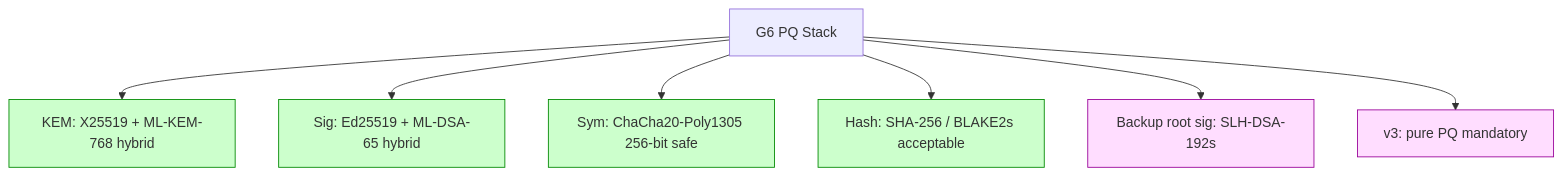
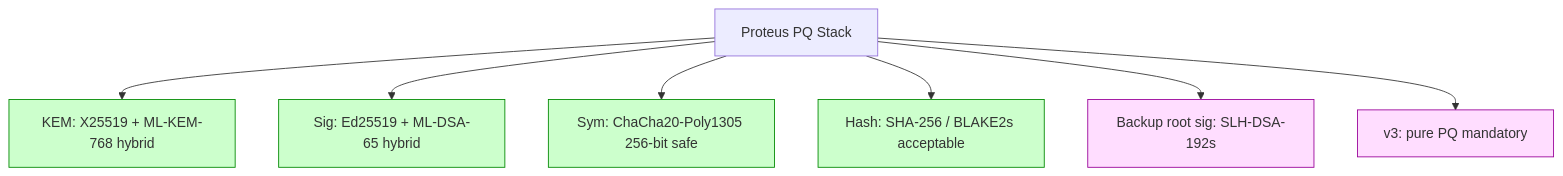
Before and after one commit to Icarus603/network-from-scratch: the third of 3 diagrams in lessons/part-3-cryptography/3.11-post-quantum.md, drawn with Mermaid. The commit also changed other lines of this file and 300 other files, not shown here.

````diff
--- a/lessons/part-3-cryptography/3.11-post-quantum.md
+++ b/lessons/part-3-cryptography/3.11-post-quantum.md
@@ -364,13 +364,13 @@
 ```mermaid
 flowchart TD
     classDef chosen fill:#cfc,stroke:#080
     classDef phase2 fill:#fdf,stroke:#909
 
-    G6PQ[G6 PQ Stack]
-    G6PQ --> KEM[KEM: X25519 + ML-KEM-768 hybrid]:::chosen
-    G6PQ --> Sig[Sig: Ed25519 + ML-DSA-65 hybrid]:::chosen
-    G6PQ --> SymOK[Sym: ChaCha20-Poly1305 256-bit safe]:::chosen
-    G6PQ --> HashOK[Hash: SHA-256 / BLAKE2s acceptable]:::chosen
-    G6PQ --> Backup[Backup root sig: SLH-DSA-192s]:::phase2
-    G6PQ --> FuturePure[v3: pure PQ mandatory]:::phase2
+    ProteusPQ[Proteus PQ Stack]
+    ProteusPQ --> KEM[KEM: X25519 + ML-KEM-768 hybrid]:::chosen
+    ProteusPQ --> Sig[Sig: Ed25519 + ML-DSA-65 hybrid]:::chosen
+    ProteusPQ --> SymOK[Sym: ChaCha20-Poly1305 256-bit safe]:::chosen
+    ProteusPQ --> HashOK[Hash: SHA-256 / BLAKE2s acceptable]:::chosen
+    ProteusPQ --> Backup[Backup root sig: SLH-DSA-192s]:::phase2
+    ProteusPQ --> FuturePure[v3: pure PQ mandatory]:::phase2
 ```
````
